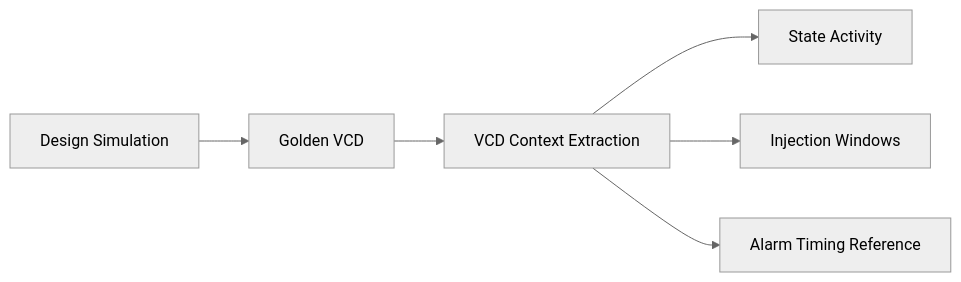
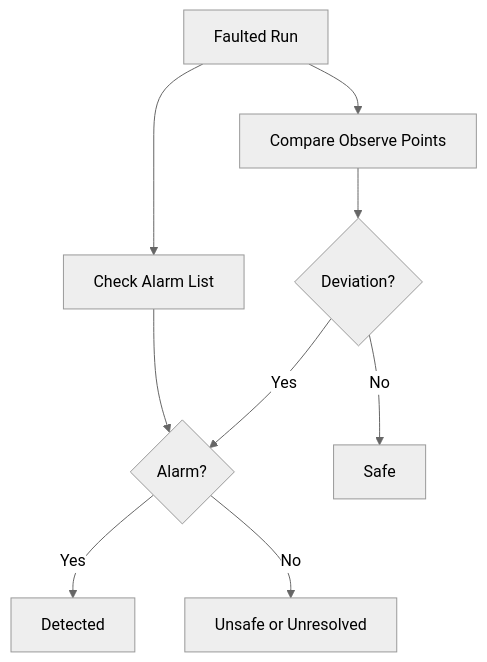
One commit to qiqixixi1001/automotive-safeic-practice changed the fifth of 7 diagrams in articles/02_automotive_safeic_practice_d02_github_en_generic.md. Above: the diagram before and after it, drawn with Mermaid (neutral theme). The commit also changed other lines of this file, not shown here.

````diff
--- a/articles/02_automotive_safeic_practice_d02_github_en_generic.md
+++ b/articles/02_automotive_safeic_practice_d02_github_en_generic.md
@@ -310,8 +634,11 @@
 ```mermaid
-flowchart LR
-    A[Design Simulation] --> B[Golden VCD]
-    B --> C[VCD Context Extraction]
-    C --> D[State Activity]
-    C --> E[Injection Windows]
-    C --> F[Alarm Timing Reference]
+flowchart TD
+    A[Faulted Run] --> B[Compare Observe Points]
+    A --> C[Check Alarm List]
+    B --> D{Deviation?}
+    C --> E{Alarm?}
+    D -- No --> F[Safe]
+    D -- Yes --> E
+    E -- Yes --> G[Detected]
+    E -- No --> H[Unsafe or Unresolved]
 ```
````
